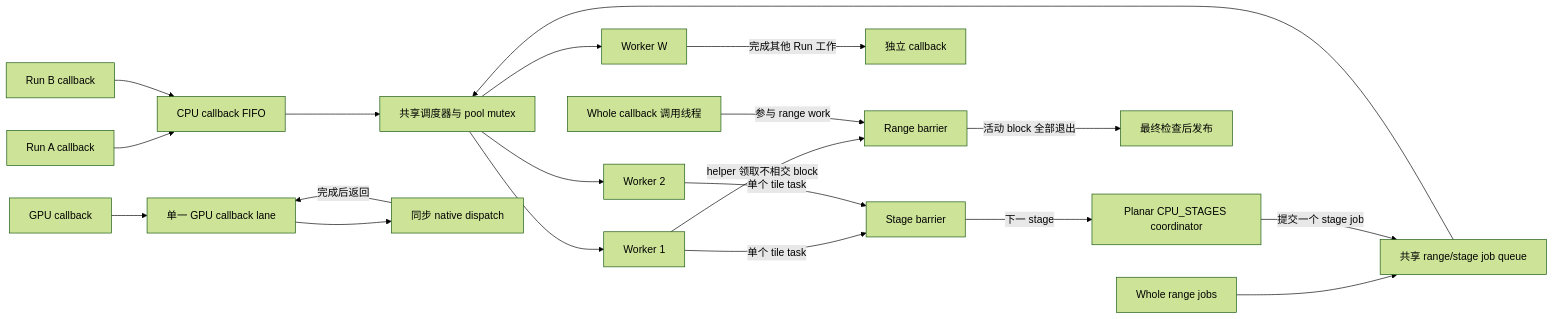
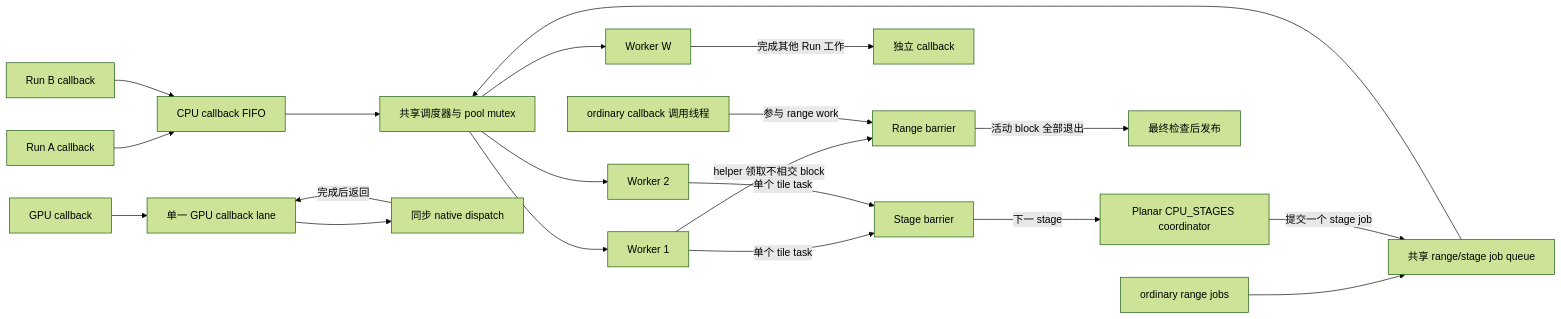
The diagram in docs/kernel-architecture/zh/Parallel-Execution-Model.zh.md (kevin-zf1123/photospider), drawn with Mermaid (forest theme) before and after one commit. The commit also changed other lines of this file and 600 other files, not shown here.

````diff
--- a/docs/kernel-architecture/zh/Parallel-Execution-Model.zh.md
+++ b/docs/kernel-architecture/zh/Parallel-Execution-Model.zh.md
@@ -11,22 +11,22 @@
 ```mermaid
 flowchart LR
     A[Run A callback] --> Q[CPU callback FIFO]
     B[Run B callback] --> Q
     Q --> S[共享调度器与 pool mutex]
-    R[Whole range jobs] --> JQ[共享 range/stage job queue]
+    R[ordinary range jobs] --> JQ[共享 range/stage job queue]
     JQ --> S
     S --> W1[Worker 1]
     S --> W2[Worker 2]
     S --> WN[Worker W]
     W1 -->|helper 领取不相交 block| J[Range barrier]
-    Caller[Whole callback 调用线程] -->|参与 range work| J
+    Caller[ordinary callback 调用线程] -->|参与 range work| J
     WN -->|完成其他 Run 工作| O[独立 callback]
     J -->|活动 block 全部退出| P[最终检查后发布]
     C[Planar CPU_STAGES coordinator] -->|提交一个 stage job| JQ
     W1 -->|单个 tile task| TB[Stage barrier]
     W2 -->|单个 tile task| TB
     TB -->|下一 stage| C
     G[GPU callback] --> GQ[单一 GPU callback lane]
     GQ --> D[同步 native dispatch]
     D -->|完成后返回| GQ
 ```
````
